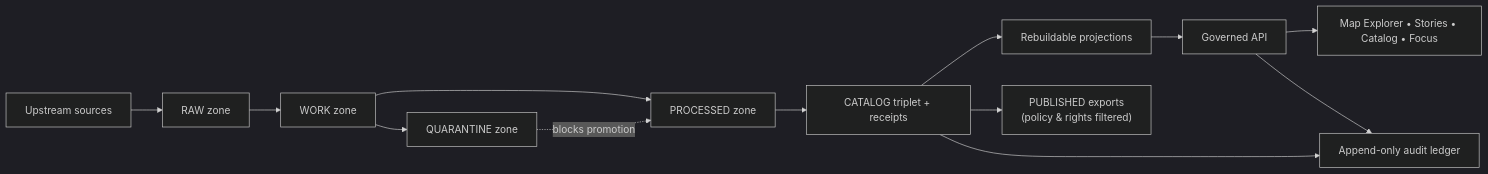
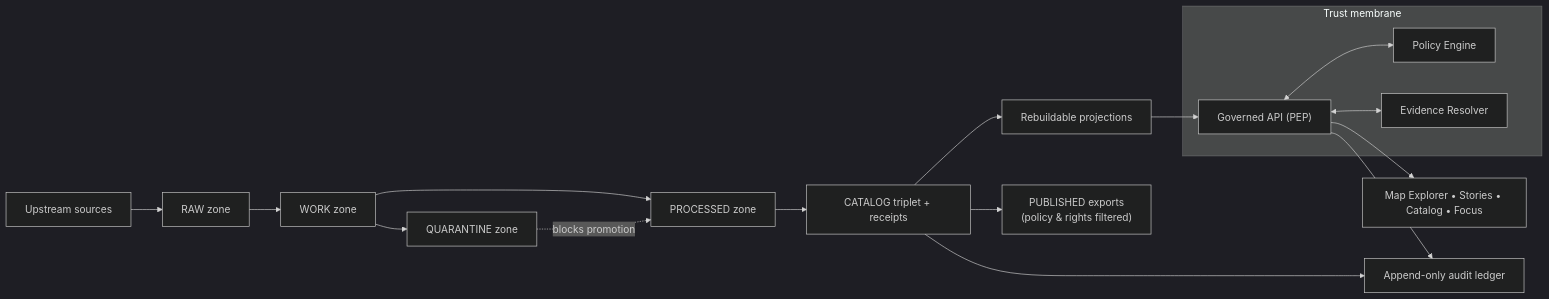
One commit to bartytime4life/Kansas-Frontier-Matrix changed the diagram in docs/README.md. Above: the diagram before and after it, drawn with Mermaid (dark theme). The commit also changed other lines of this file, not shown here.

````diff
--- a/docs/README.md
+++ b/docs/README.md
@@ -257,15 +302,24 @@
 ```mermaid
 flowchart LR
   S["Upstream sources"] --> R["RAW zone"]
   R --> W["WORK zone"]
   W --> Q["QUARANTINE zone"]
   W --> P["PROCESSED zone"]
   Q -.->|blocks promotion| P
   P --> C["CATALOG triplet + receipts"]
   C --> IDX["Rebuildable projections"]
   C --> PUB["PUBLISHED exports<br/>(policy & rights filtered)"]
-  IDX --> API["Governed API"]
+
+  subgraph TM["Trust membrane"]
+    API["Governed API (PEP)"]
+    POL["Policy Engine"]
+    ER["Evidence Resolver"]
+    API <--> POL
+    API <--> ER
+  end
+
+  IDX --> API
   API --> UI["Map Explorer • Stories • Catalog • Focus"]
   API --> AUD["Append-only audit ledger"]
   C --> AUD
 ```
````
